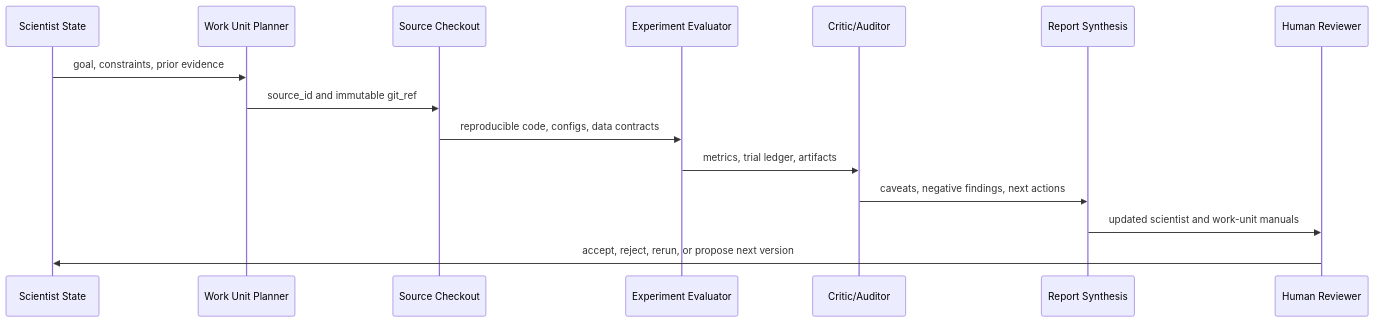
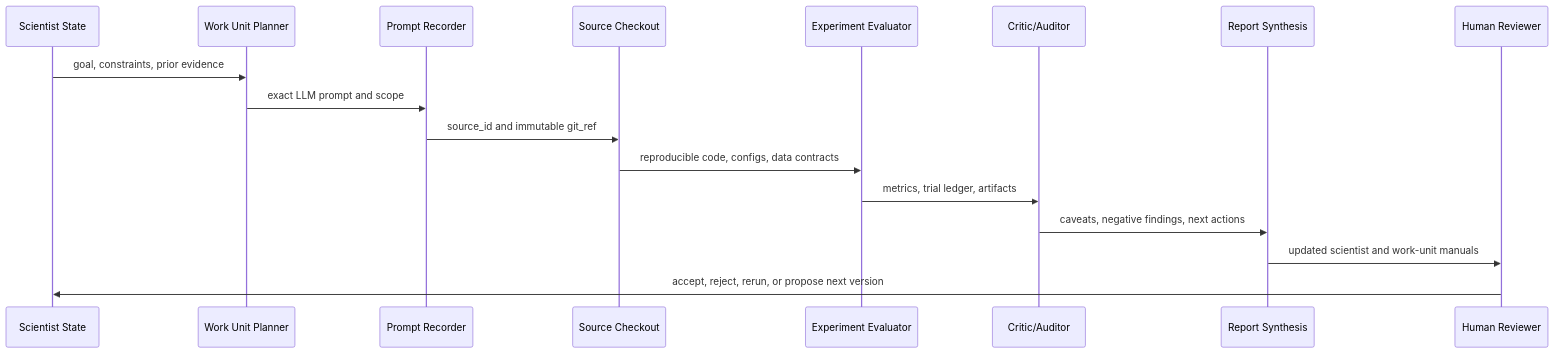
The second of 2 diagrams in docs/system/architecture.md (sungsoo-ahn/ai-lab), drawn with Mermaid before and after one commit. The commit also changed other lines of this file and 16 other files, not shown here.

````diff
--- a/docs/system/architecture.md
+++ b/docs/system/architecture.md
@@ -21,18 +22,20 @@
 ```mermaid
 sequenceDiagram
   participant State as Scientist State
   participant Planner as Work Unit Planner
+  participant Prompt as Prompt Recorder
   participant Source as Source Checkout
   participant Eval as Experiment Evaluator
   participant Audit as Critic/Auditor
   participant Report as Report Synthesis
   participant Human as Human Reviewer
 
   State->>Planner: goal, constraints, prior evidence
-  Planner->>Source: source_id and immutable git_ref
+  Planner->>Prompt: exact LLM prompt and scope
+  Prompt->>Source: source_id and immutable git_ref
   Source->>Eval: reproducible code, configs, data contracts
   Eval->>Audit: metrics, trial ledger, artifacts
   Audit->>Report: caveats, negative findings, next actions
   Report->>Human: updated scientist and work-unit manuals
   Human->>State: accept, reject, rerun, or propose next version
 ```
````
